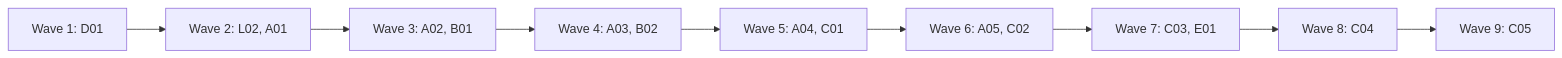
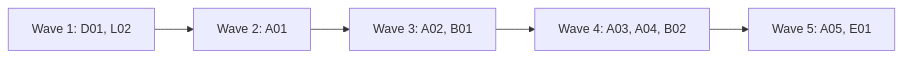
The diagram in docs/plan-connections-finish.md (alfhen/gossamr-app), drawn with Mermaid before and after one commit. The commit also changed other lines of this file, not shown here.

````diff
--- a/docs/plan-connections-finish.md
+++ b/docs/plan-connections-finish.md
@@ -50,11 +50,7 @@
 ```mermaid
 flowchart LR
-  W1[Wave 1: D01] --> W2[Wave 2: L02, A01]
+  W1[Wave 1: D01, L02] --> W2[Wave 2: A01]
   W2 --> W3[Wave 3: A02, B01]
-  W3 --> W4[Wave 4: A03, B02]
-  W4 --> W5[Wave 5: A04, C01]
-  W5 --> W6[Wave 6: A05, C02]
-  W6 --> W7[Wave 7: C03, E01]
-  W7 --> W8[Wave 8: C04]
-  W8 --> W9[Wave 9: C05]
+  W3 --> W4[Wave 4: A03, A04, B02]
+  W4 --> W5[Wave 5: A05, E01]
 ```
````
